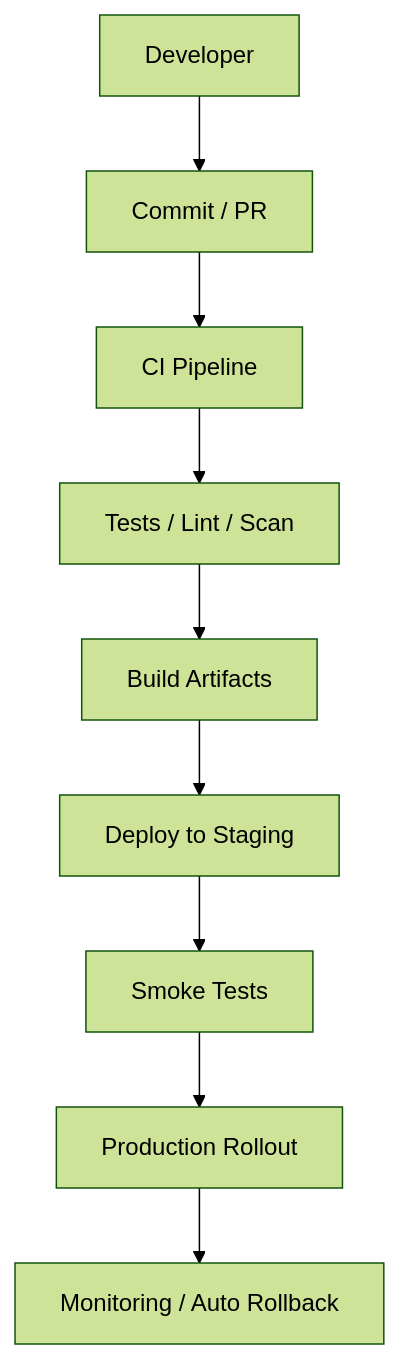
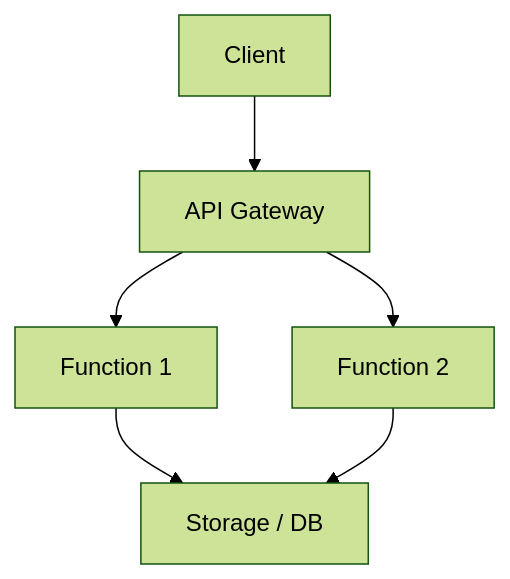
Before and after one commit to quesiblaq442-del/architecture-diagram: diagram 14 of 26 in ARCHITECTURE.md, drawn with Mermaid (forest theme). The commit also changed other lines of this file, not shown here.

Commit message:
Refresh the architecture document for a more polished, eye-catching overview

````diff
--- a/ARCHITECTURE.md
+++ b/ARCHITECTURE.md
@@ -432,11 +338,8 @@
 ```mermaid
 graph TB
-    Dev["Developer"] --> Commit["Commit / PR"]
-    Commit --> CI["CI Pipeline"]
-    CI --> Test["Tests / Lint / Scan"]
-    Test --> Build["Build Artifacts"]
-    Build --> Deploy["Deploy to Staging"]
-    Deploy --> Smoke["Smoke Tests"]
-    Smoke --> Prod["Production Rollout"]
-    Prod --> Monitor["Monitoring / Auto Rollback"]
+    Client["Client"] --> Gateway["API Gateway"]
+    Gateway --> Fn1["Function 1"]
+    Gateway --> Fn2["Function 2"]
+    Fn1 --> Data["Storage / DB"]
+    Fn2 --> Data
 ```
````
